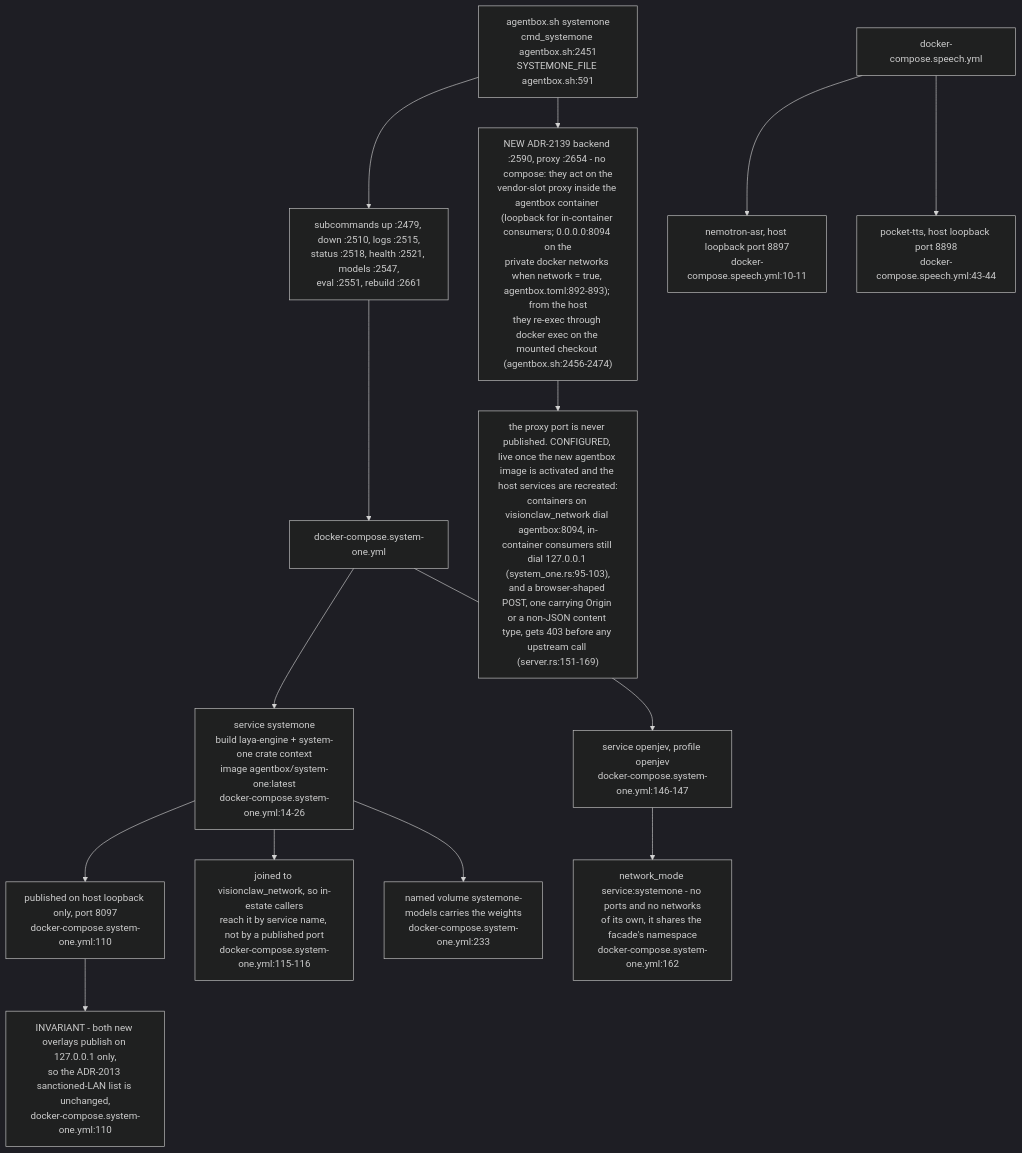
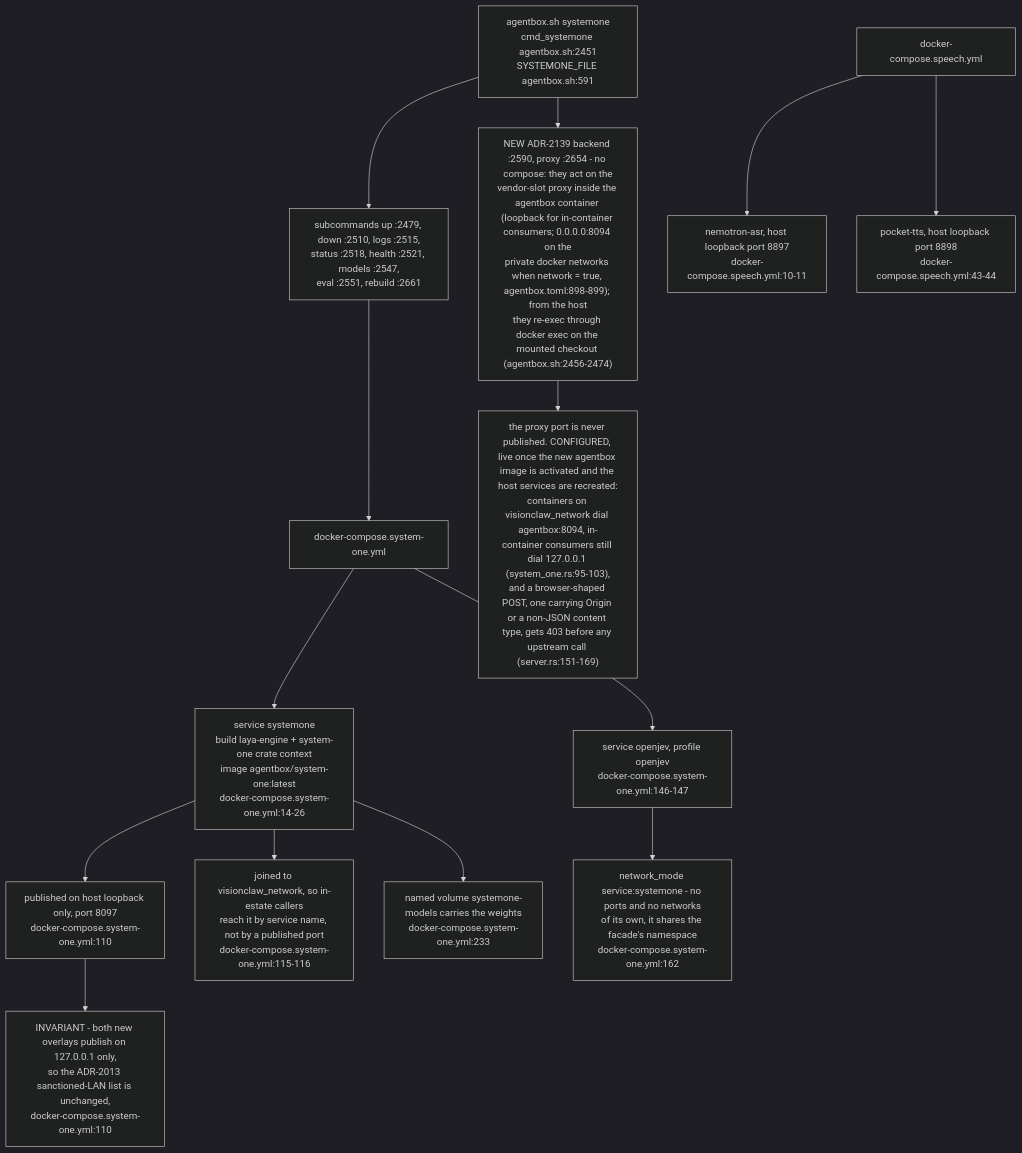
Before and after one commit to DreamLab-AI/VisionFlow: the tenth of 14 diagrams in docs/diagrams/agentbox/06-sidecars-and-compose-overlays.md, drawn with Mermaid (dark theme). The commit also changed other lines of this file and 36 other files, not shown here.

First line of the commit message:
docs(diagrams): re-derive and re-stamp agentbox, dream-engine, visioncraft, visiontouch and vowl topics; drop LAN addresses

````diff
--- a/docs/diagrams/agentbox/06-sidecars-and-compose-overlays.md
+++ b/docs/diagrams/agentbox/06-sidecars-and-compose-overlays.md
@@ -297,20 +297,20 @@
 ```mermaid
 flowchart TB
     CLI["agentbox.sh systemone<br/>cmd_systemone agentbox.sh:2451<br/>SYSTEMONE_FILE agentbox.sh:591"] --> SUB["subcommands up :2479, down :2510, logs :2515,<br/>status :2518, health :2521, models :2547,<br/>eval :2551, rebuild :2661"]
-    CLI --> VEND["NEW ADR-2139 backend :2590, proxy :2654 - no compose: they act on the<br/>vendor-slot proxy inside the agentbox container (loopback for in-container consumers; 0.0.0.0:8094 on the<br/>private docker networks when network = true, agentbox.toml:892-893); from the host<br/>they re-exec through docker exec on the mounted checkout (agentbox.sh:2456-2474)"]
+    CLI --> VEND["NEW ADR-2139 backend :2590, proxy :2654 - no compose: they act on the<br/>vendor-slot proxy inside the agentbox container (loopback for in-container consumers; 0.0.0.0:8094 on the<br/>private docker networks when network = true, agentbox.toml:898-899); from the host<br/>they re-exec through docker exec on the mounted checkout (agentbox.sh:2456-2474)"]
     SUB --> COMPOSE["docker-compose.system-one.yml"]
 
     COMPOSE --> FACADE["service systemone<br/>build laya-engine + system-one crate context<br/>image agentbox/system-one:latest<br/>docker-compose.system-one.yml:14-26"]
     FACADE --> PUB["published on host loopback only, port 8097<br/>docker-compose.system-one.yml:110"]
     FACADE --> NET["joined to visionclaw_network, so in-estate callers<br/>reach it by service name, not by a published port<br/>docker-compose.system-one.yml:115-116"]
     FACADE --> VOL["named volume systemone-models carries the weights<br/>docker-compose.system-one.yml:233"]
 
     COMPOSE --> ENGINE["service openjev, profile openjev<br/>docker-compose.system-one.yml:146-147"]
     ENGINE --> NM["network_mode service:systemone - no ports and no networks<br/>of its own, it shares the facade's namespace<br/>docker-compose.system-one.yml:162"]
 
     SPEECH["docker-compose.speech.yml"] --> ASR["nemotron-asr, host loopback port 8897<br/>docker-compose.speech.yml:10-11"]
     SPEECH --> TTS["pocket-tts, host loopback port 8898<br/>docker-compose.speech.yml:43-44"]
 
     PUB --> INV["INVARIANT - both new overlays publish on 127.0.0.1 only,<br/>so the ADR-2013 sanctioned-LAN list is unchanged,<br/>docker-compose.system-one.yml:110"]
     VEND --> PNET["the proxy port is never published. CONFIGURED, live once the new agentbox image is activated and the host services are recreated:<br/>containers on visionclaw_network dial agentbox:8094, in-container consumers still dial 127.0.0.1 (system_one.rs:95-103),<br/>and a browser-shaped POST, one carrying Origin or a non-JSON content type, gets 403 before any upstream call (server.rs:151-169)"]
 ```
````
